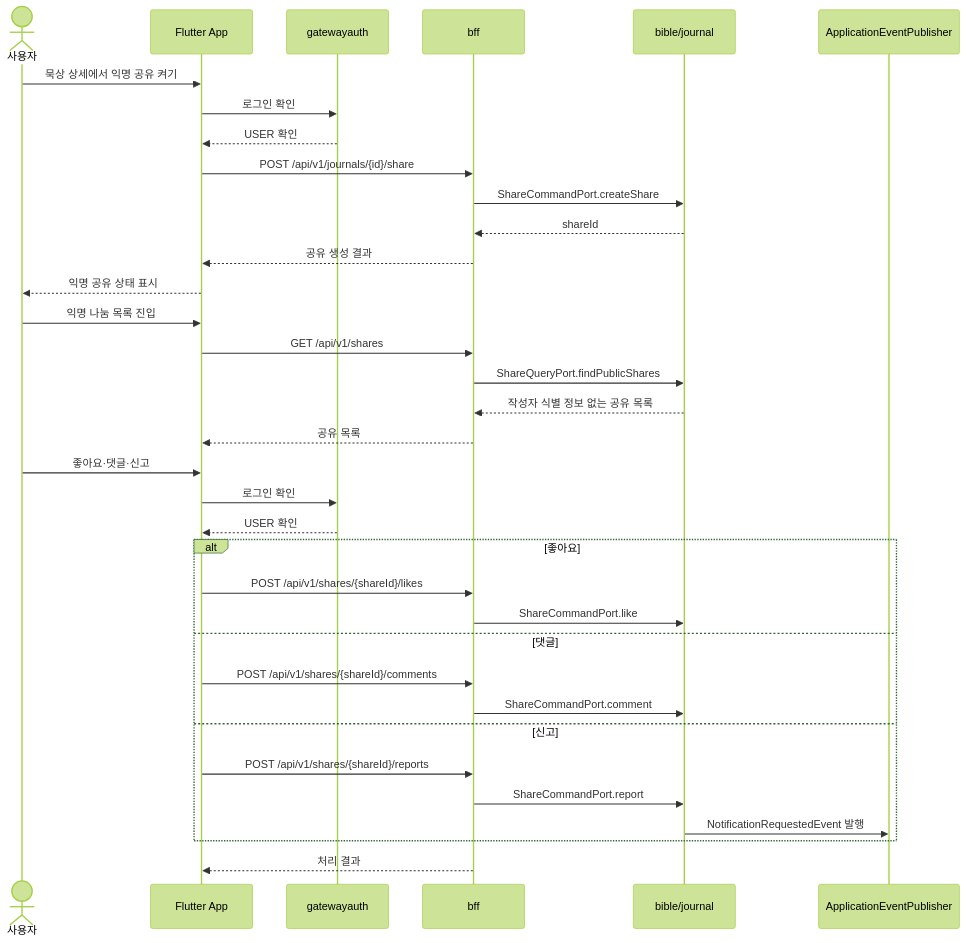
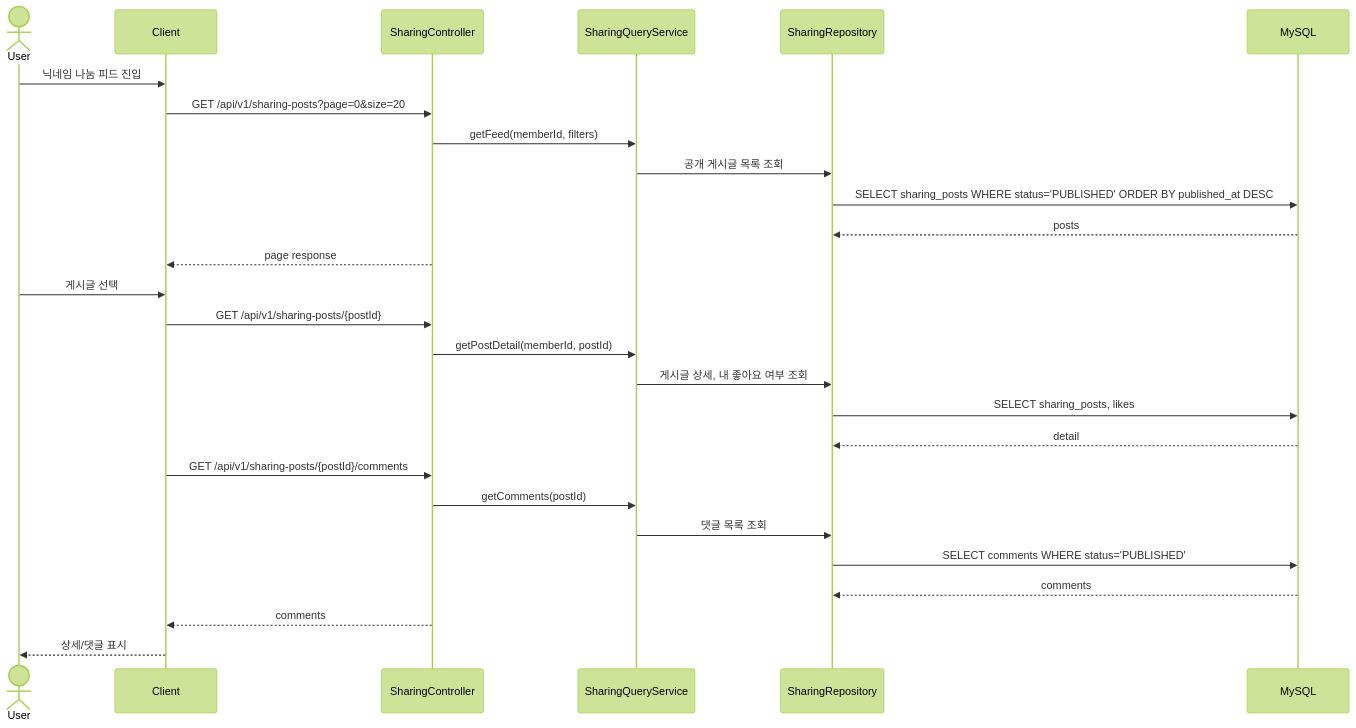
Before and after one commit to Tae0072/2nd-Team-Project: diagram 11 of 26 in 05_시퀀스_다이어그램.md, drawn with Mermaid (forest theme). The commit also changed other lines of this file and 11 other files, not shown here.

````diff
--- a/05_시퀀스_다이어그램.md
+++ b/05_시퀀스_다이어그램.md
@@ -145,40 +483,30 @@
 ```mermaid
 sequenceDiagram
-    actor User as 사용자
-    participant App as Flutter App
-    participant Auth as gatewayauth
-    participant BFF as bff
-    participant Journal as bible/journal
-    participant Event as ApplicationEventPublisher
+    actor User as User
+    participant Client as Client
+    participant ShareApi as SharingController
+    participant ShareService as SharingQueryService
+    participant Repo as SharingRepository
+    participant MySQL as MySQL
 
-    User->>App: 묵상 상세에서 익명 공유 켜기
-    App->>Auth: 로그인 확인
-    Auth-->>App: USER 확인
-    App->>BFF: POST /api/v1/journals/{id}/share
-    BFF->>Journal: ShareCommandPort.createShare
-    Journal-->>BFF: shareId
-    BFF-->>App: 공유 생성 결과
-    App-->>User: 익명 공유 상태 표시
-
-    User->>App: 익명 나눔 목록 진입
-    App->>BFF: GET /api/v1/shares
-    BFF->>Journal: ShareQueryPort.findPublicShares
-    Journal-->>BFF: 작성자 식별 정보 없는 공유 목록
-    BFF-->>App: 공유 목록
-
-    User->>App: 좋아요·댓글·신고
-    App->>Auth: 로그인 확인
-    Auth-->>App: USER 확인
-    alt 좋아요
-        App->>BFF: POST /api/v1/shares/{shareId}/likes
-        BFF->>Journal: ShareCommandPort.like
-    else 댓글
-        App->>BFF: POST /api/v1/shares/{shareId}/comments
-        BFF->>Journal: ShareCommandPort.comment
-    else 신고
-        App->>BFF: POST /api/v1/shares/{shareId}/reports
-        BFF->>Journal: ShareCommandPort.report
-        Journal->>Event: NotificationRequestedEvent 발행
-    end
-    BFF-->>App: 처리 결과
+    User->>Client: 닉네임 나눔 피드 진입
+    Client->>ShareApi: GET /api/v1/sharing-posts?page=0&size=20
+    ShareApi->>ShareService: getFeed(memberId, filters)
+    ShareService->>Repo: 공개 게시글 목록 조회
+    Repo->>MySQL: SELECT sharing_posts WHERE status='PUBLISHED' ORDER BY published_at DESC
+    MySQL-->>Repo: posts
+    ShareApi-->>Client: page response
+    User->>Client: 게시글 선택
+    Client->>ShareApi: GET /api/v1/sharing-posts/{postId}
+    ShareApi->>ShareService: getPostDetail(memberId, postId)
+    ShareService->>Repo: 게시글 상세, 내 좋아요 여부 조회
+    Repo->>MySQL: SELECT sharing_posts, likes
+    MySQL-->>Repo: detail
+    Client->>ShareApi: GET /api/v1/sharing-posts/{postId}/comments
+    ShareApi->>ShareService: getComments(postId)
+    ShareService->>Repo: 댓글 목록 조회
+    Repo->>MySQL: SELECT comments WHERE status='PUBLISHED'
+    MySQL-->>Repo: comments
+    ShareApi-->>Client: comments
+    Client-->>User: 상세/댓글 표시
 ```
````
